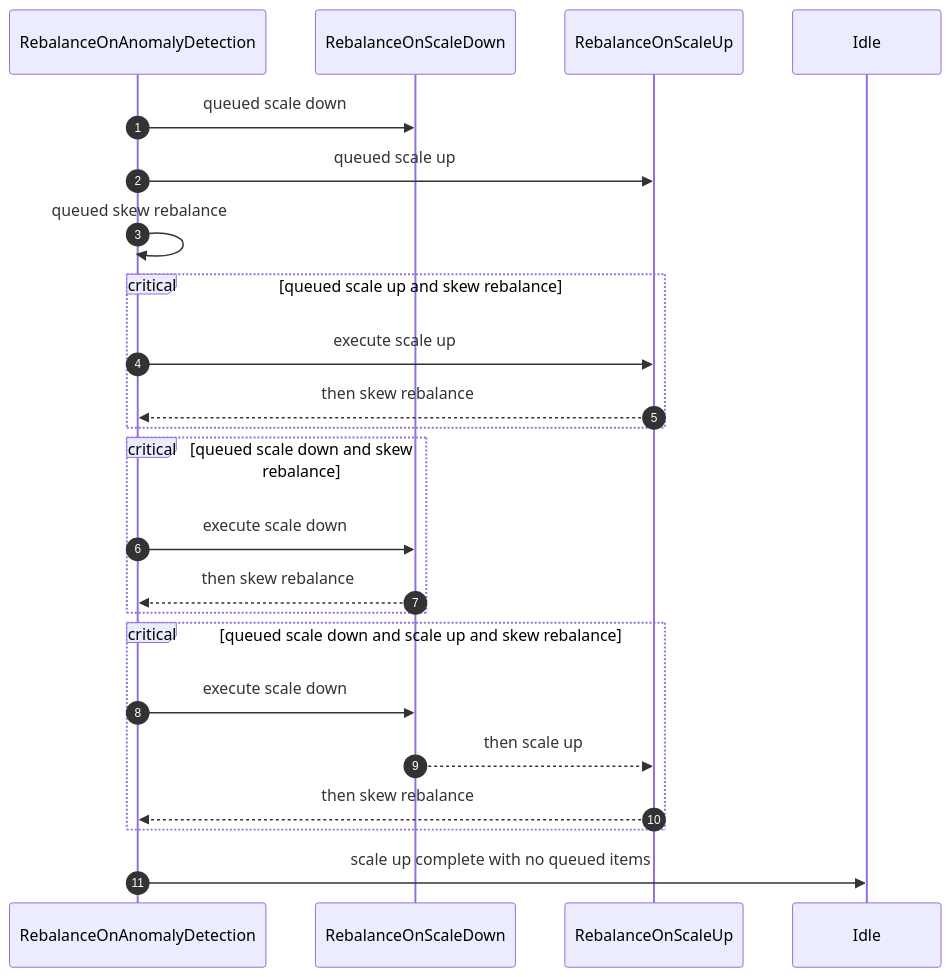
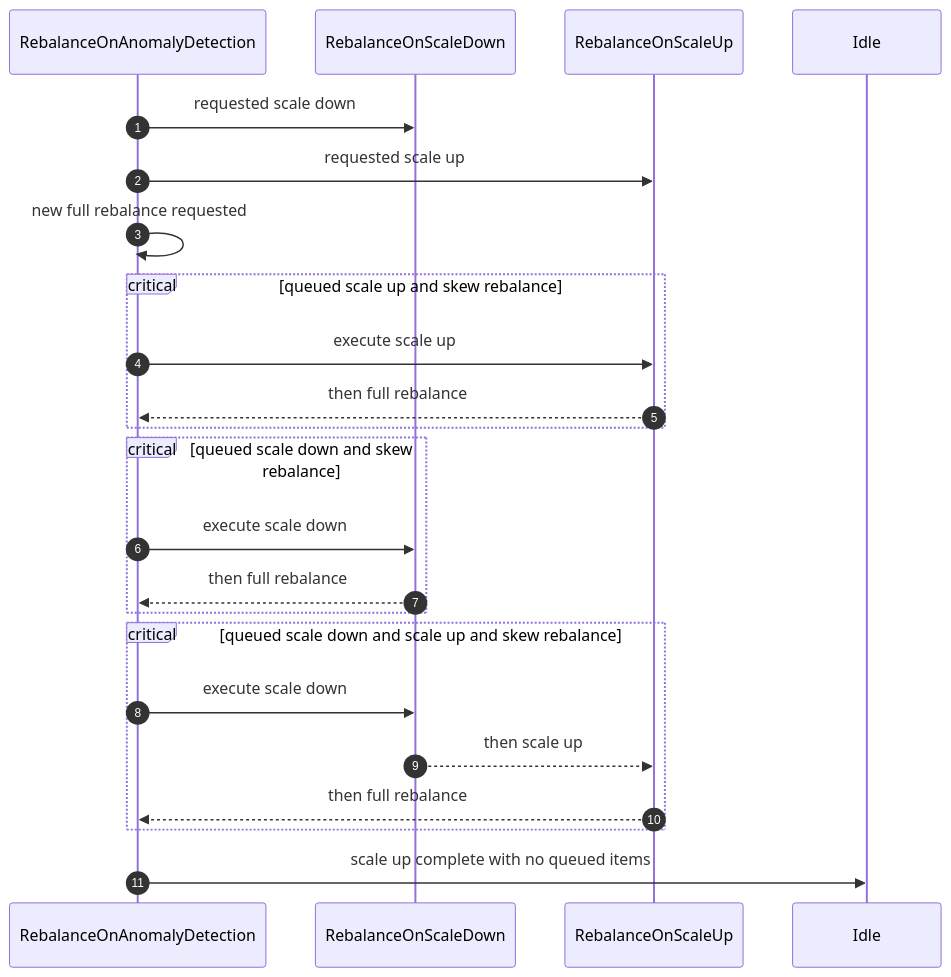
The fourth of 6 diagrams in 106-auto-rebalance-on-imbalanced-clusters.md (strimzi/proposals), drawn with Mermaid before and after one commit. The commit also changed other lines of this file, not shown here.

````diff
--- a/106-auto-rebalance-on-imbalanced-clusters.md
+++ b/106-auto-rebalance-on-imbalanced-clusters.md
@@ -330,21 +344,21 @@
 ```mermaid
 sequenceDiagram
   autonumber
-  RebalanceOnAnomalyDetection->>RebalanceOnScaleDown: queued scale down
-  RebalanceOnAnomalyDetection->>RebalanceOnScaleUp: queued scale up
-  RebalanceOnAnomalyDetection->>RebalanceOnAnomalyDetection: queued skew rebalance
+  RebalanceOnAnomalyDetection->>RebalanceOnScaleDown: requested scale down
+  RebalanceOnAnomalyDetection->>RebalanceOnScaleUp: requested scale up
+  RebalanceOnAnomalyDetection->>RebalanceOnAnomalyDetection: new full rebalance requested
   critical queued scale up and skew rebalance
     RebalanceOnAnomalyDetection->>RebalanceOnScaleUp: execute scale up
-    RebalanceOnScaleUp-->>RebalanceOnAnomalyDetection: then skew rebalance
+    RebalanceOnScaleUp-->>RebalanceOnAnomalyDetection: then full rebalance
   end
   critical queued scale down and skew rebalance
     RebalanceOnAnomalyDetection->>RebalanceOnScaleDown: execute scale down
-    RebalanceOnScaleDown-->>RebalanceOnAnomalyDetection: then skew rebalance
+    RebalanceOnScaleDown-->>RebalanceOnAnomalyDetection: then full rebalance
   end
   critical queued scale down and scale up and skew rebalance
     RebalanceOnAnomalyDetection->>RebalanceOnScaleDown: execute scale down
     RebalanceOnScaleDown-->>RebalanceOnScaleUp: then scale up
-    RebalanceOnScaleUp-->>RebalanceOnAnomalyDetection: then skew rebalance
+    RebalanceOnScaleUp-->>RebalanceOnAnomalyDetection: then full rebalance
   end
   RebalanceOnAnomalyDetection->>Idle: scale up complete with no queued items
 ```
````
